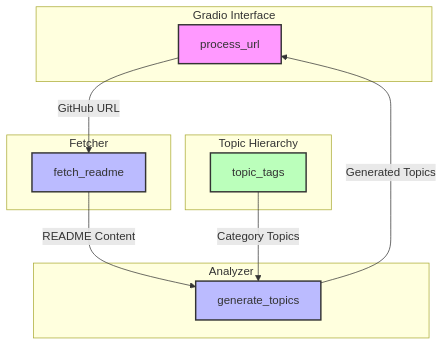
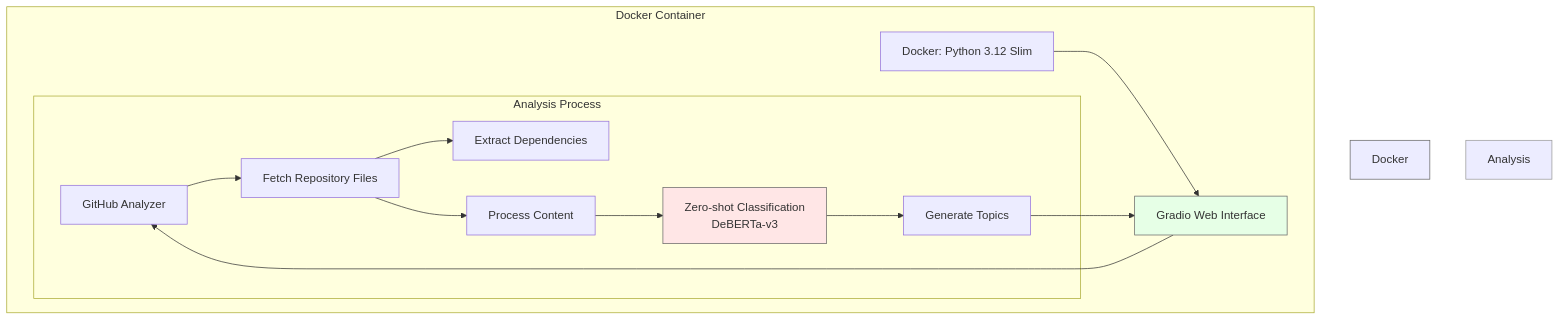
The diagram in README.md (namgyu-youn/topicgen), drawn with Mermaid before and after one commit. The commit also changed other lines of this file, not shown here.

````diff
--- a/README.md
+++ b/README.md
@@ -11,31 +14,22 @@
 ``` mermaid
-flowchart TD
-    subgraph Gradio Interface
-        A[process_url]
+graph TD
+    subgraph Docker Container
+        A[Docker: Python 3.12 Slim] --> B[Gradio Web Interface]
+        B --> C[GitHub Analyzer]
+
+        subgraph Analysis Process
+            C --> D[Fetch Repository Files]
+            D --> E[Extract Dependencies]
+            D --> F[Process Content]
+            F --> G[Zero-shot Classification<br>DeBERTa-v3]
+            G --> H[Generate Topics]
+        end
+
+        H --> B
     end
 
-    subgraph Fetcher
-        B[fetch_readme]
-    end
-
-    subgraph Analyzer
-        C[generate_topics]
-    end
-
-    subgraph Topic Hierarchy
-        D[topic_tags]
-    end
-
-    A -->|GitHub URL| B
-    B -->|README Content| C
-    D -->|Category Topics| C
-    C -->|Generated Topics| A
-
-    classDef interface fill:#f9f,stroke:#333,stroke-width:2px;
-    classDef core fill:#bbf,stroke:#333,stroke-width:2px;
-    classDef data fill:#bfb,stroke:#333,stroke-width:2px;
-
-    class A interface;
-    class B,C core;
-    class D data;
+    style Docker Container fill:#e6f3ff,stroke:#666
+    style Analysis Process fill:#f9f9f9,stroke:#999
+    style G fill:#ffe6e6,stroke:#666
+    style B fill:#e6ffe6,stroke:#666
 ```
````
